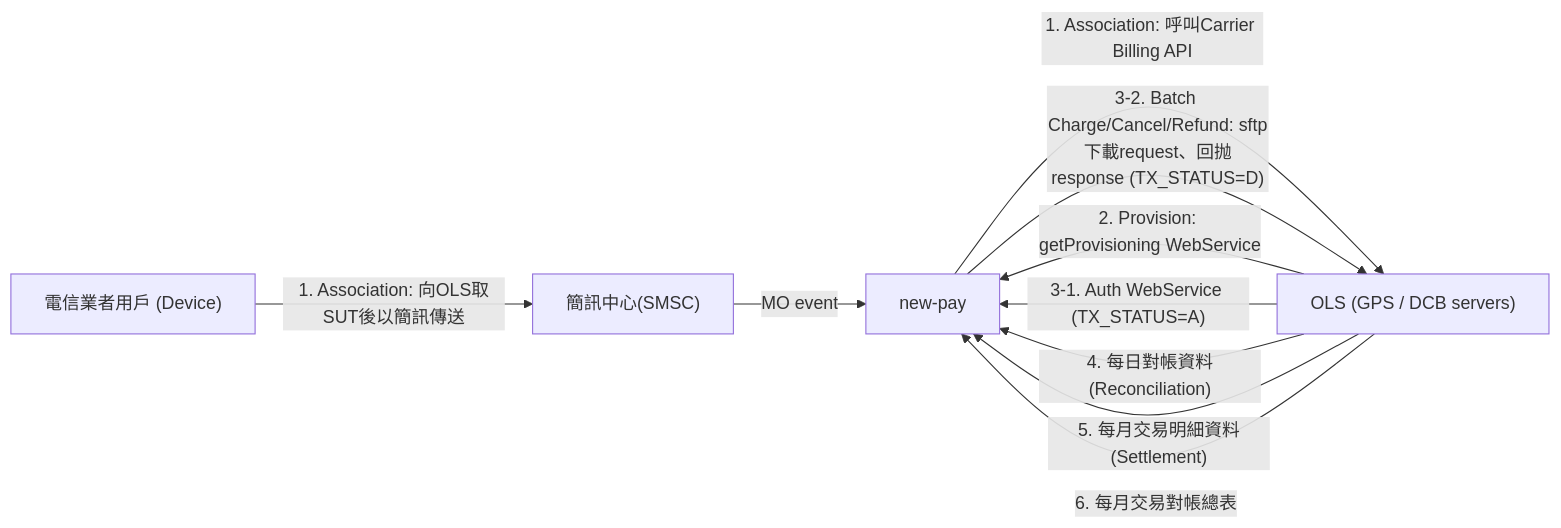
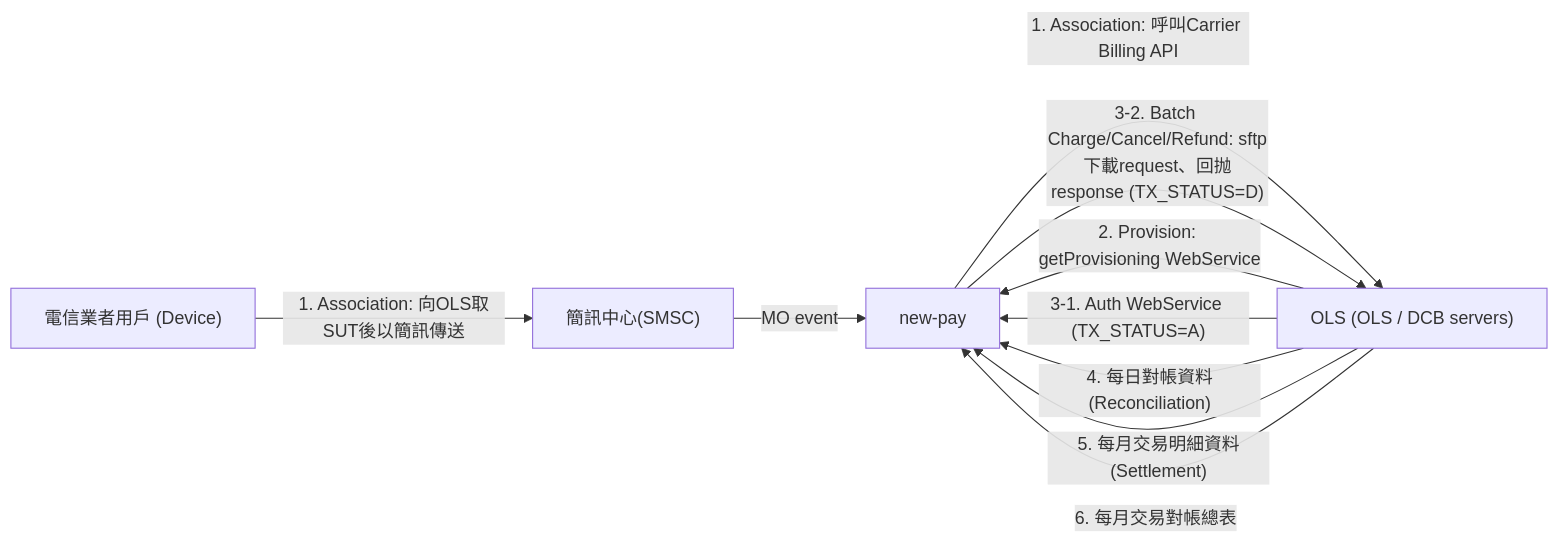
One commit to ChunPingWang/ai-workshop changed the first of 10 diagrams in new-pay_OnlineStore_SD.md. Above: the diagram before and after it, drawn with Mermaid. The commit also changed other lines of this file and 28 other files, not shown here.

First line of the commit message:
去識別化：全面移除 GPS 字眼，改以 OnlineStore 縮寫 OLS

````diff
--- a/new-pay_OnlineStore_SD.md
+++ b/new-pay_OnlineStore_SD.md
@@ -39,16 +39,16 @@
 ```mermaid
 flowchart LR
     U["電信業者用戶 (Device)"]
     S["簡訊中心(SMSC)"]
     N["new-pay"]
-    G["OLS (GPS / DCB servers)"]
+    G["OLS (OLS / DCB servers)"]
     U -->|"1. Association: 向OLS取SUT後以簡訊傳送"| S
     S -->|"MO event"| N
     N -->|"1. Association: 呼叫Carrier Billing API"| G
     G -->|"2. Provision: getProvisioning WebService"| N
     G -->|"3-1. Auth WebService (TX_STATUS=A)"| N
     N -->|"3-2. Batch Charge/Cancel/Refund: sftp下載request、回抛response (TX_STATUS=D)"| G
     G -->|"4. 每日對帳資料(Reconciliation)"| N
     G -->|"5. 每月交易明細資料(Settlement)"| N
     G -->|"6. 每月交易對帳總表"| N
 ```
````
